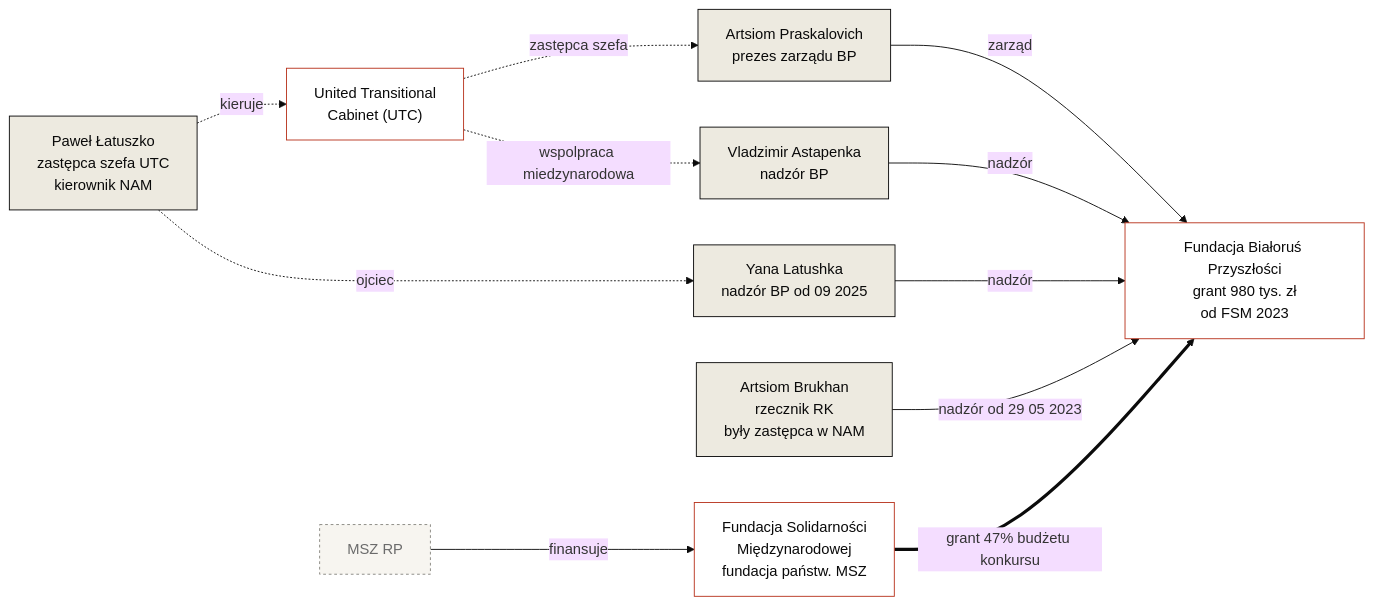
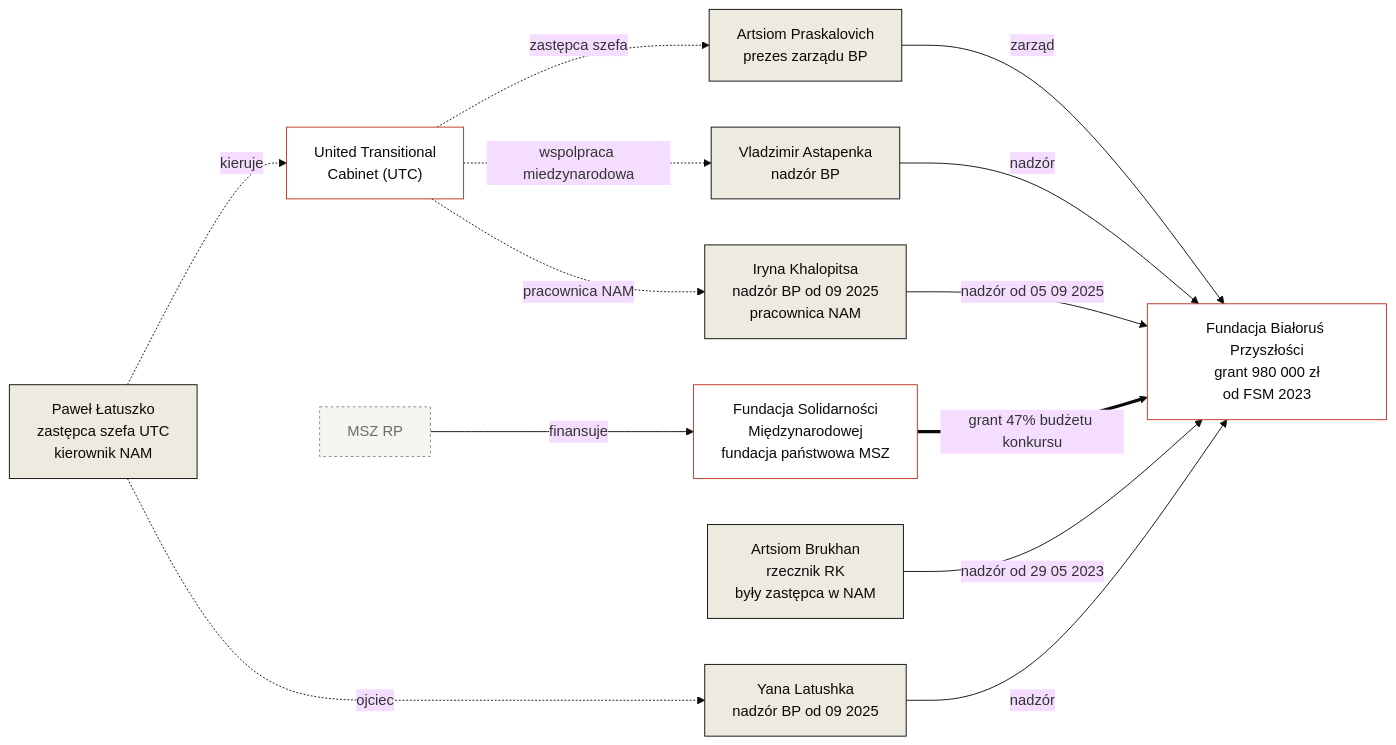
Before and after one commit to belarustransparency/belarus-transparency: the diagram in docs/pl/investigations/bialorus-przyszlosci-fsm.md, drawn with Mermaid (base theme). The commit also changed 2 other files, not shown here.

````diff
--- a/docs/pl/investigations/bialorus-przyszlosci-fsm.md
+++ b/docs/pl/investigations/bialorus-przyszlosci-fsm.md
@@ -163,31 +163,34 @@
 ```mermaid
 graph LR
     PL["Paweł Łatuszko<br/>zastępca szefa UTC<br/>kierownik NAM"]
     OPK["United Transitional<br/>Cabinet (UTC)"]
-    BPZ["Fundacja Białoruś Przyszłości<br/>grant 980 tys. zł<br/>od FSM 2023"]
-    FSM["Fundacja Solidarności<br/>Międzynarodowej<br/>fundacja państw. MSZ"]
+    BPZ["Fundacja Białoruś Przyszłości<br/>grant 980 000 zł<br/>od FSM 2023"]
+    FSM["Fundacja Solidarności<br/>Międzynarodowej<br/>fundacja państwowa MSZ"]
     YL["Yana Latushka<br/>nadzór BP od 09 2025"]
     AP["Artsiom Praskalovich<br/>prezes zarządu BP"]
     VA["Vladzimir Astapenka<br/>nadzór BP"]
     AB["Artsiom Brukhan<br/>rzecznik RK<br/>były zastępca w NAM"]
+    IK["Iryna Khalopitsa<br/>nadzór BP od 09 2025<br/>pracownica NAM"]
     MSZ["MSZ RP"]
 
     PL -.kieruje.-> OPK
     PL -.ojciec.-> YL
     OPK -.zastępca szefa.-> AP
     OPK -.wspolpraca miedzynarodowa.-> VA
+    OPK -.pracownica NAM.-> IK
     AP --zarząd--> BPZ
     VA --nadzór--> BPZ
     YL --nadzór--> BPZ
     AB --nadzór od 29 05 2023--> BPZ
+    IK --nadzór od 05 09 2025--> BPZ
     FSM ==grant 47% budżetu konkursu==> BPZ
     MSZ --finansuje--> FSM
 
     classDef person fill:#EDEAE0,stroke:#0A0A0A,stroke-width:1px,color:#0A0A0A;
     classDef org fill:#FFFFFF,stroke:#B8341E,stroke-width:1px,color:#0A0A0A;
     classDef money fill:#F7F5F0,stroke:#888780,stroke-width:1px,color:#6B6B6B,stroke-dasharray: 3 3;
 
-    class PL,YL,AP,VA,AB person;
+    class PL,YL,AP,VA,AB,IK person;
     class OPK,BPZ,FSM org;
     class MSZ money;
 ```
````
